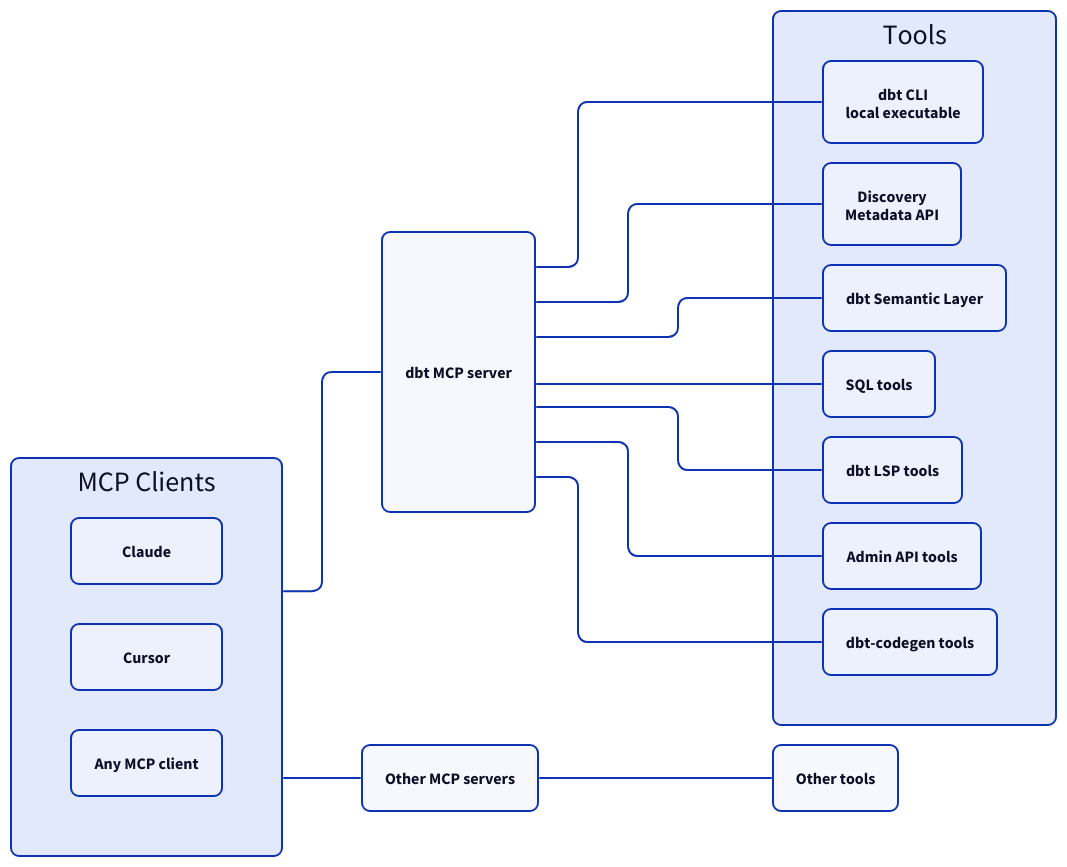
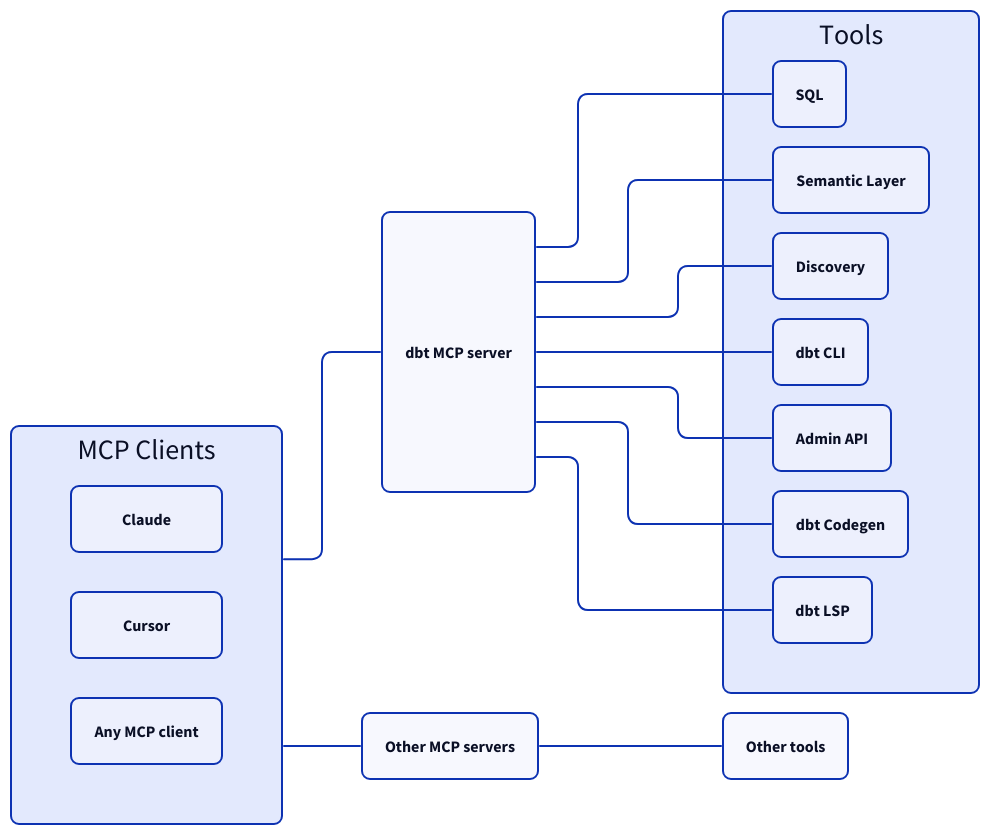
One commit to jairus-m/dbt-mcp changed the diagram in docs/diagram.d2. Above: the diagram before and after it, drawn with D2. The commit also changed 7 other files, not shown here.

Commit message:
Automate d2 diagram docs and consolidate with readme

```diff
--- a/docs/diagram.d2
+++ b/docs/diagram.d2
@@ -1,75 +1,76 @@
 vars: {
   d2-config: {
     layout-engine: elk
   }
 }
 
 direction: right
 *.style.border-radius: 8
 
 classes: {
   container: {
     grid-columns: 2
     grid-rows: 2
     grid-gap: 10
     width: 600
     *.style.border-radius: 8
   }
 
   big-container: {
     grid-columns: 2
     grid-rows: 4
     grid-gap: 10
     width: 600
     *.style.border-radius: 8
   }
 }
 
 mcp: dbt MCP server
 
 tools: Tools {
-  cli: dbt CLI\nlocal executable {
+  sql: SQL {
     style.border-radius: 8
   }
 
-  discovery: Discovery\nMetadata API {
+  semantic_layer: Semantic Layer {
     style.border-radius: 8
   }
 
-  sl: dbt Semantic Layer {
+  discovery: Discovery {
     style.border-radius: 8
   }
 
-  sql: SQL tools {
+  dbt_cli: dbt CLI {
     style.border-radius: 8
   }
 
-  lsp: dbt LSP tools {
+  admin_api: Admin API {
     style.border-radius: 8
   }
 
-  admin: Admin API tools {
+  dbt_codegen: dbt Codegen {
     style.border-radius: 8
   }
 
-  codegen: dbt-codegen tools {
+  dbt_lsp: dbt LSP {
     style.border-radius: 8
   }
+
 }
 
 mcp -- tools.*
 
 clients: MCP Clients {
   grid-columns: 1
   *.style.border-radius: 8
   Claude
   Cursor
   mcp_clients: Any MCP client
 }
 
 other_mcp: Other MCP servers
 other_tools: Other tools
 
 clients -- mcp
 clients -- other_mcp
 other_mcp -- other_tools
```
